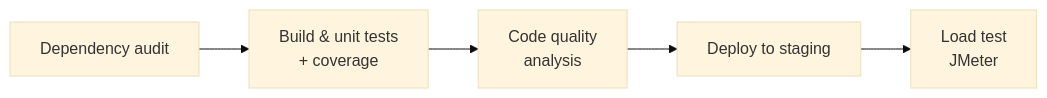
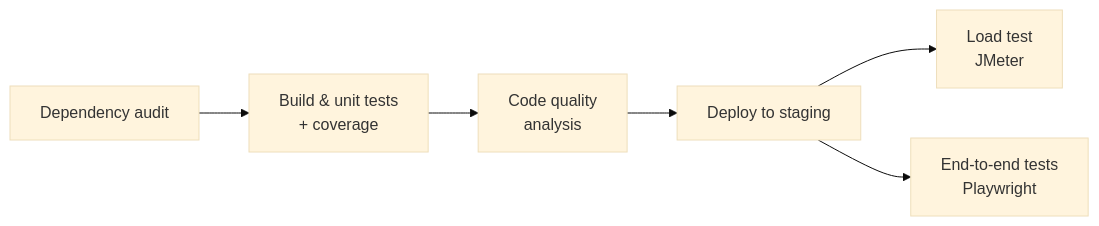
The second of 3 diagrams in profile/README.md (wonrich-dairy/.github), drawn with Mermaid (base theme) before and after one commit. The commit also changed other lines of this file, not shown here.

First line of the commit message:
docs: add UI / E2E testing (Playwright) to the SE3112 testing pipeline

````diff
--- a/profile/README.md
+++ b/profile/README.md
@@ -59,7 +59,8 @@
 ```mermaid
 flowchart LR
     A[Dependency audit] --> B[Build & unit tests<br/>+ coverage]
     B --> C[Code quality<br/>analysis]
     C --> D[Deploy to staging]
     D --> E[Load test<br/>JMeter]
+    D --> F[End-to-end tests<br/>Playwright]
 ```
````
